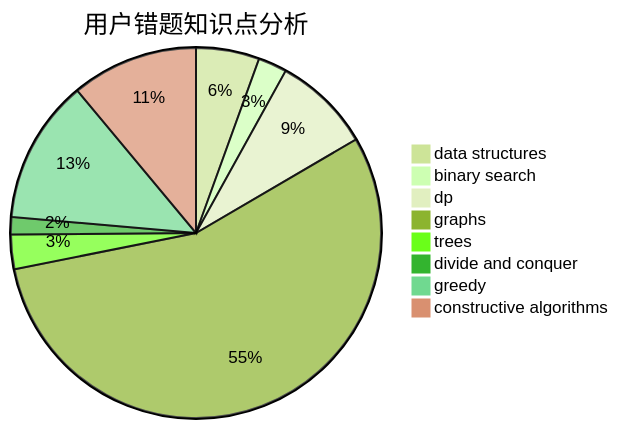
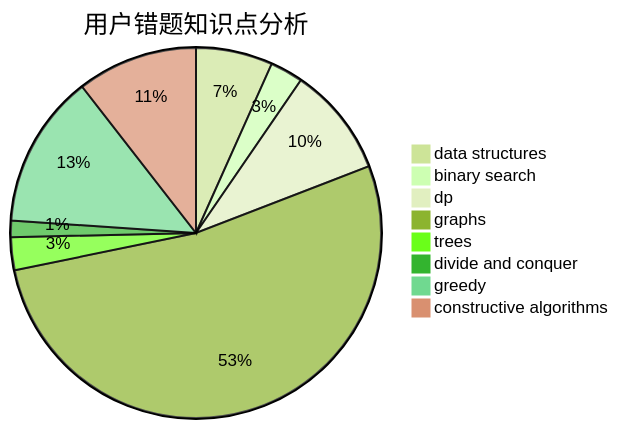
Before and after one commit to sherpahu/cfrs.github.io: the third of 3 diagrams in docs/user/u569.md, drawn with Mermaid (forest theme). The commit also changed other lines of this file and 2770 other files, not shown here.

````diff
--- a/docs/user/u569.md
+++ b/docs/user/u569.md
@@ -36,11 +36,11 @@
 ```mermaid
 pie title 用户错题知识点分析
-    "data structures" :  11
-    "binary search" :  5
-    "dp" :  17
+    "data structures" :  14
+    "binary search" :  6
+    "dp" :  20
     "graphs" :  110
     "trees" :  6
     "divide and conquer" :  3
-    "greedy" :  25
+    "greedy" :  28
     "constructive algorithms" :  22
 ```
````
